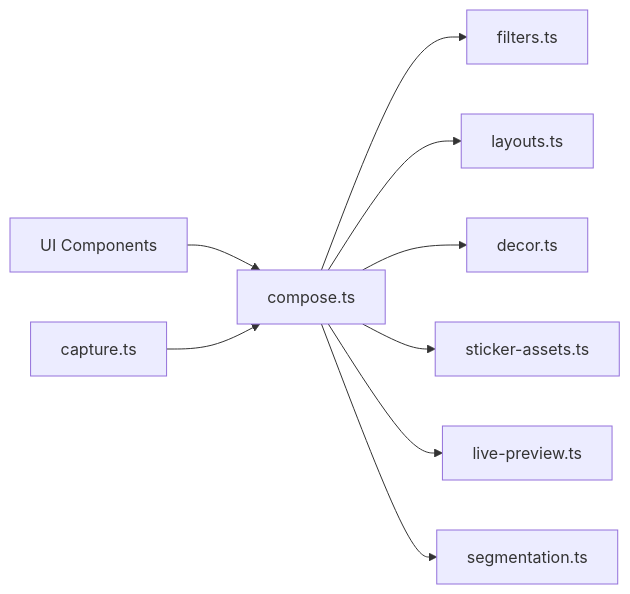
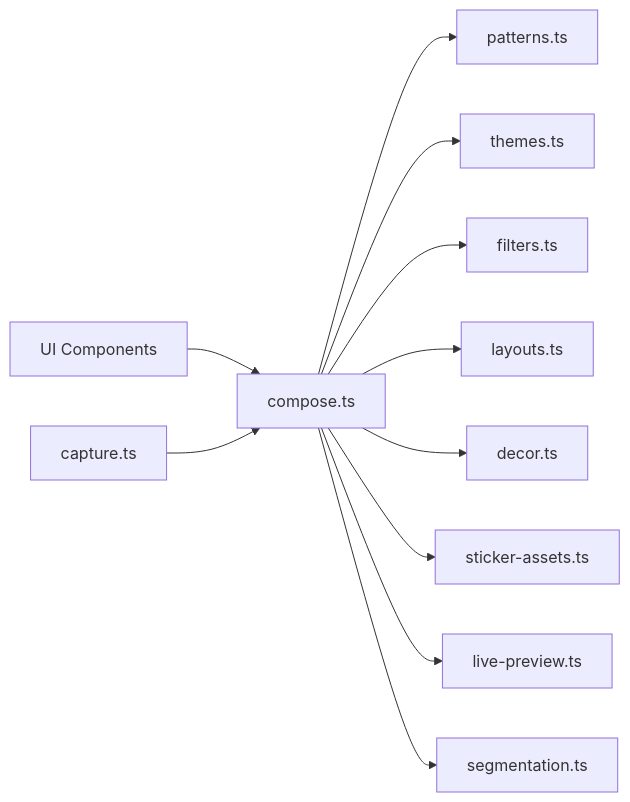
One commit to zuychin03/zuychin-photobooth changed the eighth of 8 diagrams in .qoder/repowiki/en/content/Photo Editing Pipeline/Image Composition.md. Above: the diagram before and after it, drawn with Mermaid. The commit also changed other lines of this file and 51 other files, not shown here.

````diff
--- a/.qoder/repowiki/en/content/Photo Editing Pipeline/Image Composition.md
+++ b/.qoder/repowiki/en/content/Photo Editing Pipeline/Image Composition.md
@@ -350,11 +459,13 @@
 ```mermaid
 graph LR
 UI["UI Components"] --> Comp["compose.ts"]
+Comp --> Patterns["patterns.ts"]
+Comp --> Themes["themes.ts"]
 Comp --> Filters["filters.ts"]
 Comp --> Layouts["layouts.ts"]
 Comp --> Decor["decor.ts"]
 Comp --> Stickers["sticker-assets.ts"]
 Comp --> Preview["live-preview.ts"]
 Comp --> Seg["segmentation.ts"]
 Capture["capture.ts"] --> Comp
 ```
````
